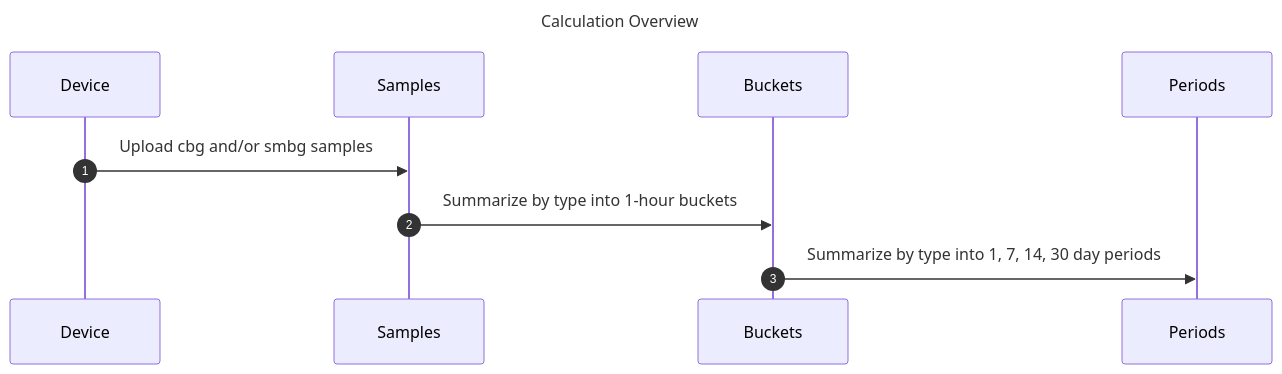
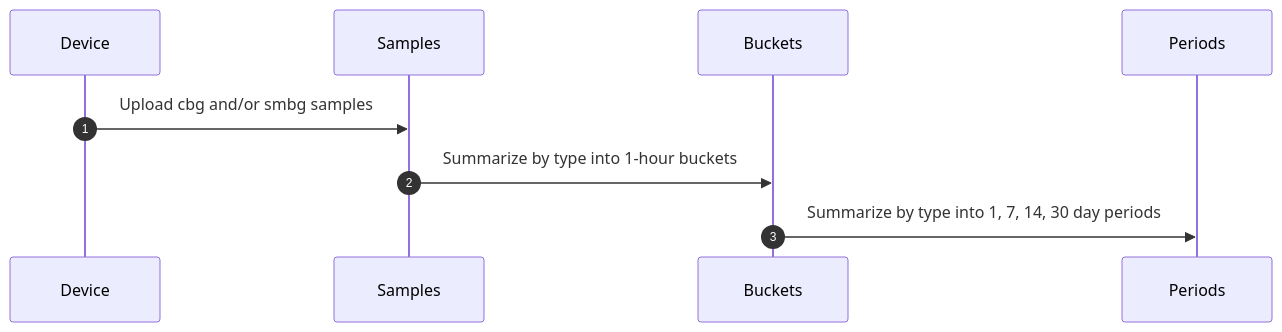
The second of 2 diagrams in docs/summary-data.md (tidepool-org/TidepoolApi), drawn with Mermaid before and after one commit.

Commit message:
Removed the diagram title as it makes Stoplight's Mermaid renderer choke.

````diff
--- a/docs/summary-data.md
+++ b/docs/summary-data.md
@@ -53,13 +53,12 @@
 ```mermaid
 sequenceDiagram
-   title Calculation Overview
    autonumber
    participant Device as Device
    participant Samples as Samples
    participant Buckets as Buckets
    participant Periods as Periods
 
    Device->>Samples: Upload cbg and/or smbg samples
    Samples->>Buckets: Summarize by type into 1-hour buckets
    Buckets->>Periods: Summarize by type into 1, 7, 14, 30 day periods
 ```
````
